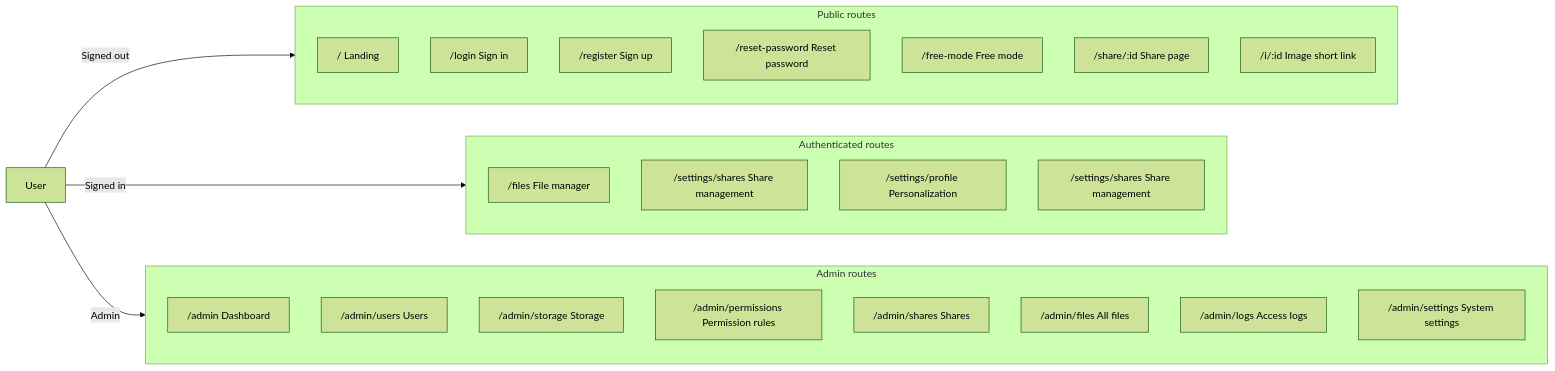
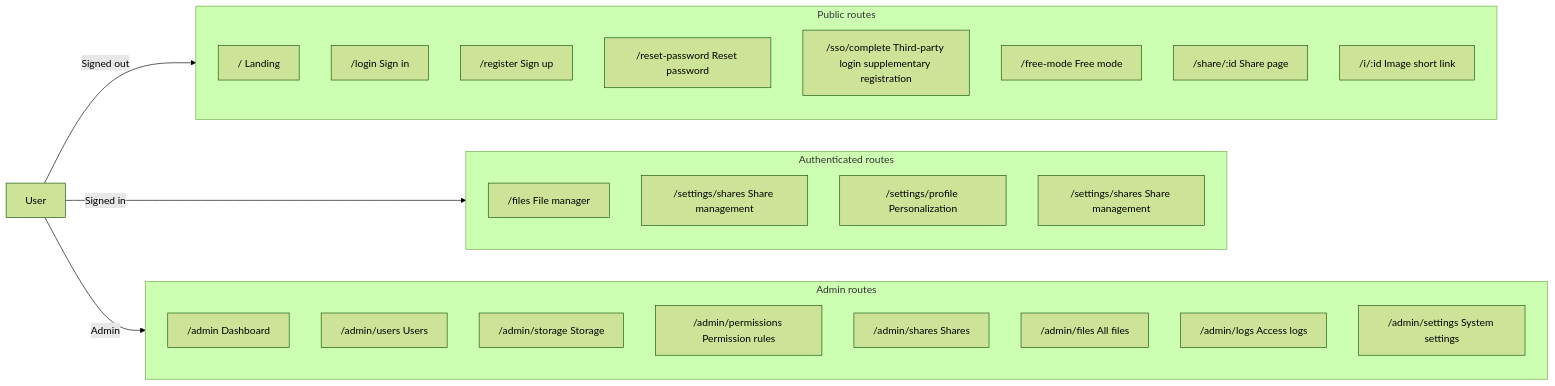
One commit to CelPlume/Picumet changed the diagram in docs/UI.md. Above: the diagram before and after it, drawn with Mermaid (forest theme). The commit also changed other lines of this file and 1 other file, not shown here.

````diff
--- a/docs/UI.md
+++ b/docs/UI.md
@@ -46,37 +46,38 @@
 ```mermaid
 flowchart LR
     USER["User"] -->|Signed out| PUBLIC
     USER -->|Signed in| AUTH
     USER -->|Admin| ADMIN
 
     subgraph PUBLIC["Public routes"]
         direction TB
         R1["/ Landing"]
         R2["/login Sign in"]
         R3["/register Sign up"]
         R4["/reset-password Reset password"]
+        R4b["/sso/complete Third-party login supplementary registration"]
         R5["/free-mode Free mode"]
         R6["/share/:id Share page"]
         R7["/i/:id Image short link"]
     end
 
     subgraph AUTH["Authenticated routes"]
         direction TB
         R8["/files File manager"]
         R9["/settings/shares Share management"]
         R10["/settings/profile Personalization"]
         R10b["/settings/shares Share management"]
     end
 
     subgraph ADMIN["Admin routes"]
         direction TB
         R14["/admin Dashboard"]
         R15["/admin/users Users"]
         R16["/admin/storage Storage"]
         R17["/admin/permissions Permission rules"]
         R18["/admin/shares Shares"]
         R19["/admin/files All files"]
         R20["/admin/logs Access logs"]
         R21["/admin/settings System settings"]
     end
 ```
````
